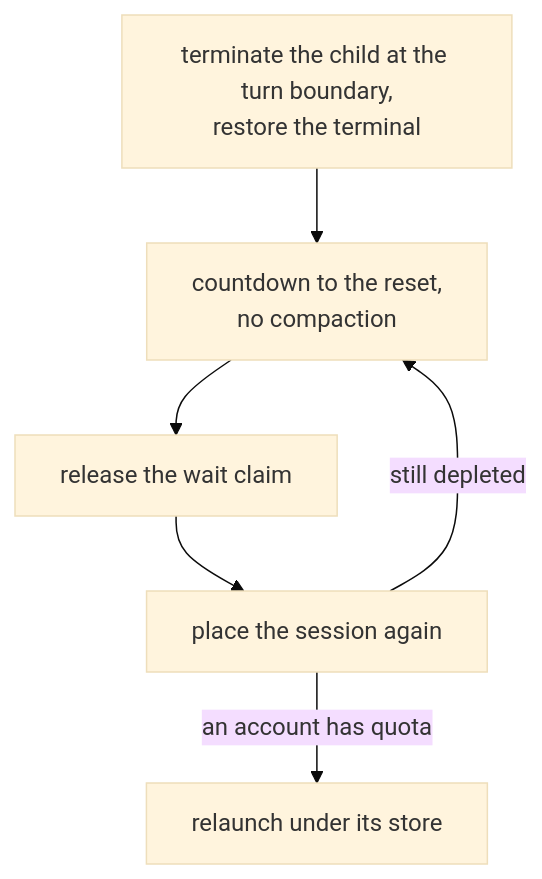
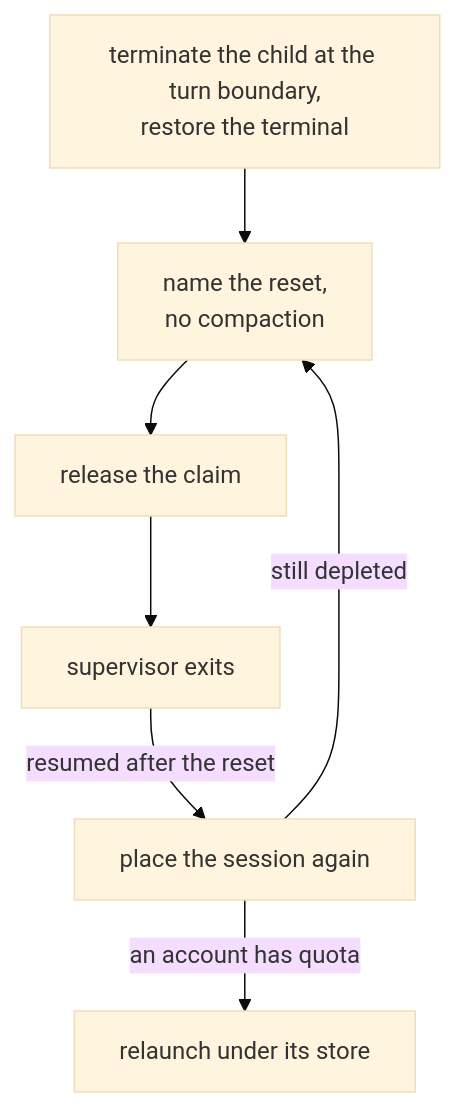
Before and after one commit to anaclumos/tokenmaxxing: the eighth of 10 diagrams in docs/content/docs/architecture.mdx, drawn with Mermaid (base theme). The commit also changed other lines of this file and 16 other files, not shown here.

````diff
--- a/docs/content/docs/architecture.mdx
+++ b/docs/content/docs/architecture.mdx
@@ -284,8 +284,9 @@
 ```mermaid
 flowchart TD
-  t["terminate the child at the turn boundary,<br/>restore the terminal"] --> cd["countdown to the reset,<br/>no compaction"]
-  cd --> r["release the wait claim"]
-  r --> p["place the session again"]
+  t["terminate the child at the turn boundary,<br/>restore the terminal"] --> cd["name the reset,<br/>no compaction"]
+  cd --> r["release the claim"]
+  r --> x["supervisor exits"]
+  x -->|"resumed after the reset"| p["place the session again"]
   p -->|"an account has quota"| l["relaunch under its store"]
   p -->|"still depleted"| cd
 ```
````
